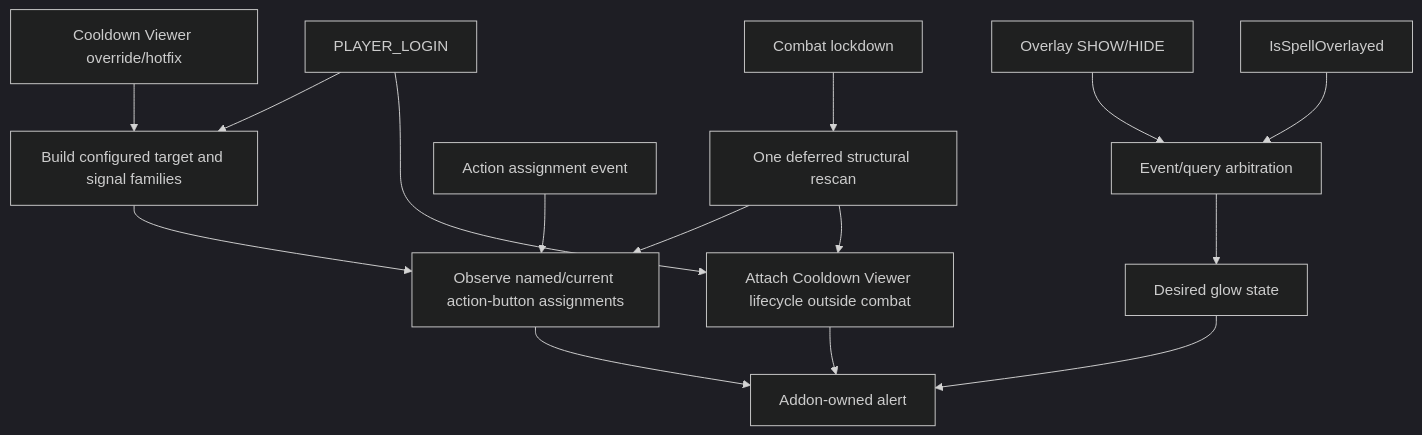
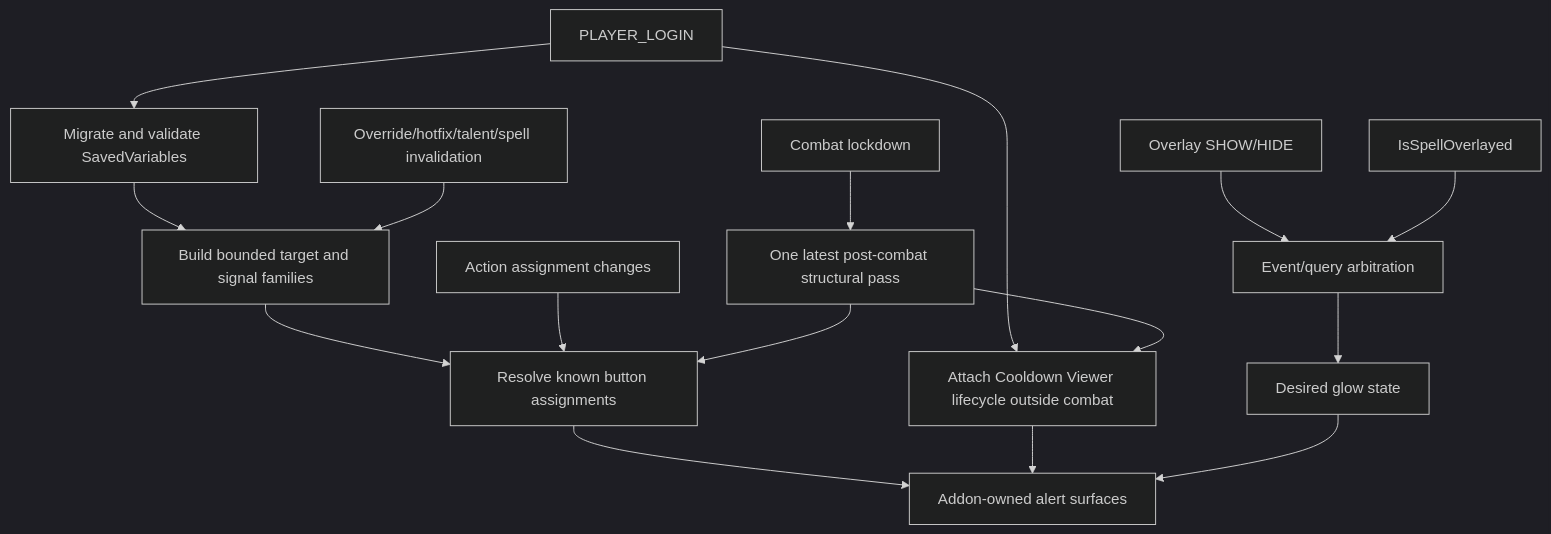
The diagram in ARCHITECTURE.md (UnknownAlienHuman/sudden-doom-glow), drawn with Mermaid (dark theme) before and after one commit. The commit also changed other lines of this file and 19 other files, not shown here.

````diff
--- a/ARCHITECTURE.md
+++ b/ARCHITECTURE.md
@@ -7,17 +7,18 @@
 ```mermaid
 flowchart TD
-    Login[PLAYER_LOGIN] --> Family[Build configured target and signal families]
-    Family --> Buttons[Observe named/current action-button assignments]
+    Login[PLAYER_LOGIN] --> DB[Migrate and validate SavedVariables]
+    DB --> Families[Build bounded target and signal families]
+    Families --> Buttons[Resolve known button assignments]
     Login --> Viewer[Attach Cooldown Viewer lifecycle outside combat]
     Overlay[Overlay SHOW/HIDE] --> Arbitration[Event/query arbitration]
     Query[IsSpellOverlayed] --> Arbitration
-    Assignment[Action assignment event] --> Buttons
-    Override[Cooldown Viewer override/hotfix] --> Family
-    Arbitration --> State[Desired glow state]
-    Buttons --> Render[Addon-owned alert]
+    Assignment[Action assignment changes] --> Buttons
+    Mapping[Override/hotfix/talent/spell invalidation] --> Families
+    Arbitration --> Desired[Desired glow state]
+    Buttons --> Render[Addon-owned alert surfaces]
     Viewer --> Render
-    State --> Render
-    Combat[Combat lockdown] --> Deferred[One deferred structural rescan]
+    Desired --> Render
+    Combat[Combat lockdown] --> Deferred[One latest post-combat structural pass]
     Deferred --> Buttons
     Deferred --> Viewer
 ```
````
